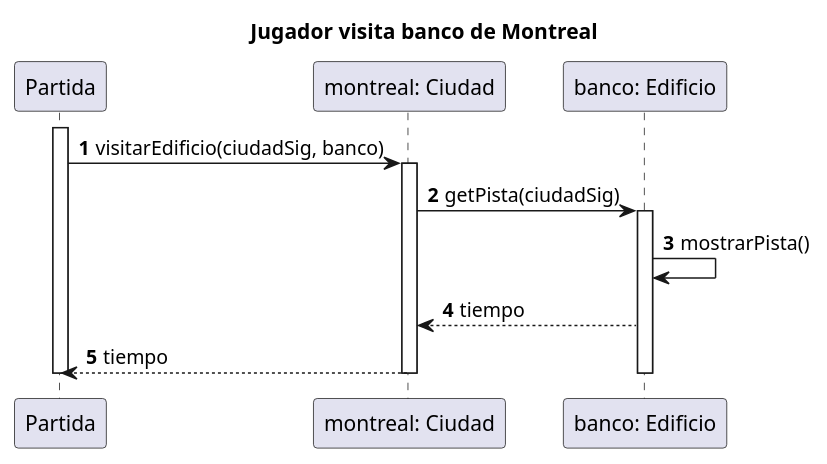
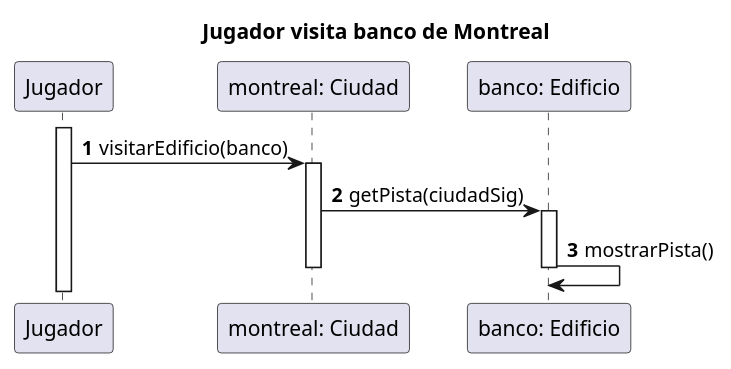
The diagram in diagrams/sequences/Entrega1/casoUso1.puml (alexguttlein/TP2-CarmenSandiego), drawn with PlantUML before and after one commit. The commit also changed 12 other files, not shown here.

```diff
--- a/diagrams/sequences/Entrega1/casoUso1.puml
+++ b/diagrams/sequences/Entrega1/casoUso1.puml
@@ -1,17 +1,40 @@
 @startuml
 
 autonumber
 title "Jugador visita banco de Montreal"
-activate Partida
-Partida -> "montreal: Ciudad": visitarEdificio(ciudadSig, banco)
+activate Jugador
+Jugador -> "montreal: Ciudad": visitarEdificio(banco)
 activate "montreal: Ciudad"
 "montreal: Ciudad" -> "banco: Edificio": getPista(ciudadSig)
 activate "banco: Edificio"
 "banco: Edificio" -> "banco: Edificio": mostrarPista()
-"banco: Edificio" --> "montreal: Ciudad": tiempo
-"montreal: Ciudad" --> Partida: tiempo
 
+deactivate "montreal: Ciudad"
 deactivate "banco: Edificio"
-deactivate "montreal: Ciudad"
-deactivate Partida
+
+'Jugador tiene la ciudad actual como atributo
+
+/'
+ClaseJugador
+visitarEdificio(Edificio edificio){
+        ciudadActual.visitarEdificio(edificio);
+}
+
+ClaseCiudad
+visitarEdificio(Ciudad ciudadSig, Edificio edificio){
+    edificio.visitar(ciudadSig);
+}
+
+ClaseEdificio
+visitar(Ciuadad ciudadSig){
+    Reloj reloj = Reloj.getInstance();
+    reloj.agregarHoras(obtenerCantidadHoras());
+    mostrarPista(ciudadSig);
+}
+
+obtenerCantidadHoras(){if else, if else...}
+
+mostrarPista(Ciudad ciudadSig){}
+
+'/
 @enduml
```
